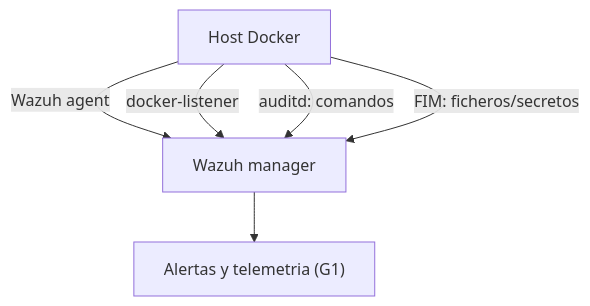
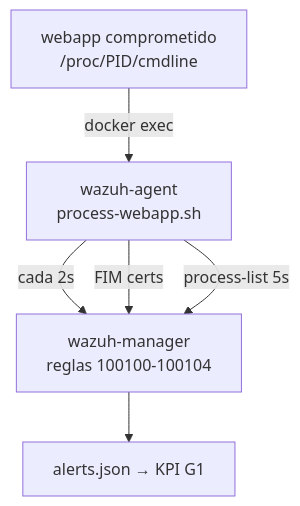
The fourth of 5 diagrams in docs/01_investigacion/20260603_Prototipo_ZeroTrust.md (Coryy82/TFG-ZeroTrust), drawn with Mermaid before and after one commit. The commit also changed other lines of this file and 104 other files, not shown here.

````diff
--- a/docs/01_investigacion/20260603_Prototipo_ZeroTrust.md
+++ b/docs/01_investigacion/20260603_Prototipo_ZeroTrust.md
@@ -265,8 +266,8 @@
 ```mermaid
 flowchart TD
-    Host["Host Docker"] -->|"Wazuh agent"| Manager["Wazuh manager"]
-    Host -->|"docker-listener"| Manager
-    Host -->|"auditd: comandos"| Manager
-    Host -->|"FIM: ficheros/secretos"| Manager
-    Manager --> Alertas["Alertas y telemetria (G1)"]
+    Webapp["webapp comprometido<br/>/proc/PID/cmdline"] -->|"docker exec"| Agent["wazuh-agent<br/>process-webapp.sh"]
+    Agent -->|"cada 2s"| Manager["wazuh-manager<br/>reglas 100100-100104"]
+    Agent -->|"FIM certs"| Manager
+    Agent -->|"process-list 5s"| Manager
+    Manager --> Alertas["alerts.json → KPI G1"]
 ```
````
